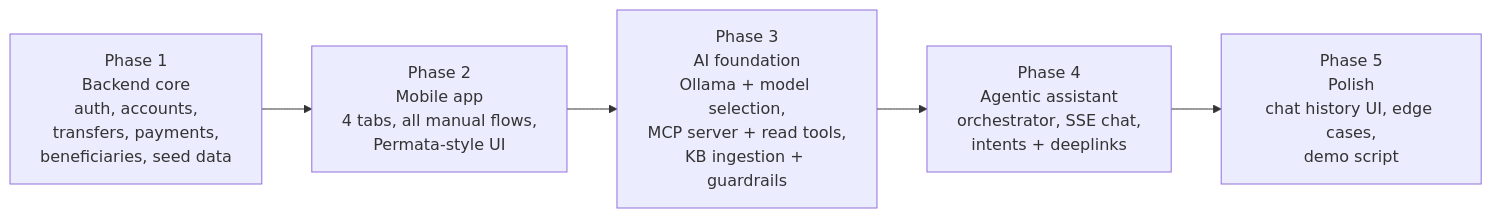
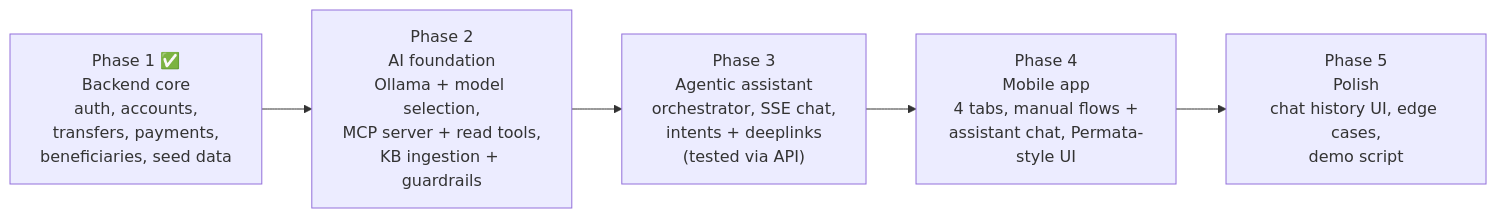
Before and after one commit to bala-bala-goreng/banking-ai-assistant: the tenth of 10 diagrams in README.md, drawn with Mermaid. The commit also changed other lines of this file and 61 other files, not shown here.

Commit message:
implement phase 1 backend

````diff
--- a/README.md
+++ b/README.md
@@ -735,9 +738,9 @@
 ```mermaid
 flowchart LR
-    P1["Phase 1<br/>Backend core<br/>auth, accounts,<br/>transfers, payments,<br/>beneficiaries, seed data"]
-    P2["Phase 2<br/>Mobile app<br/>4 tabs, all manual flows,<br/>Permata-style UI"]
-    P3["Phase 3<br/>AI foundation<br/>Ollama + model selection,<br/>MCP server + read tools,<br/>KB ingestion + guardrails"]
-    P4["Phase 4<br/>Agentic assistant<br/>orchestrator, SSE chat,<br/>intents + deeplinks"]
+    P1["Phase 1 ✅<br/>Backend core<br/>auth, accounts,<br/>transfers, payments,<br/>beneficiaries, seed data"]
+    P2["Phase 2<br/>AI foundation<br/>Ollama + model selection,<br/>MCP server + read tools,<br/>KB ingestion + guardrails"]
+    P3["Phase 3<br/>Agentic assistant<br/>orchestrator, SSE chat,<br/>intents + deeplinks<br/>(tested via API)"]
+    P4["Phase 4<br/>Mobile app<br/>4 tabs, manual flows +<br/>assistant chat, Permata-style UI"]
     P5["Phase 5<br/>Polish<br/>chat history UI, edge cases,<br/>demo script"]
     P1 --> P2 --> P3 --> P4 --> P5
 ```
````
